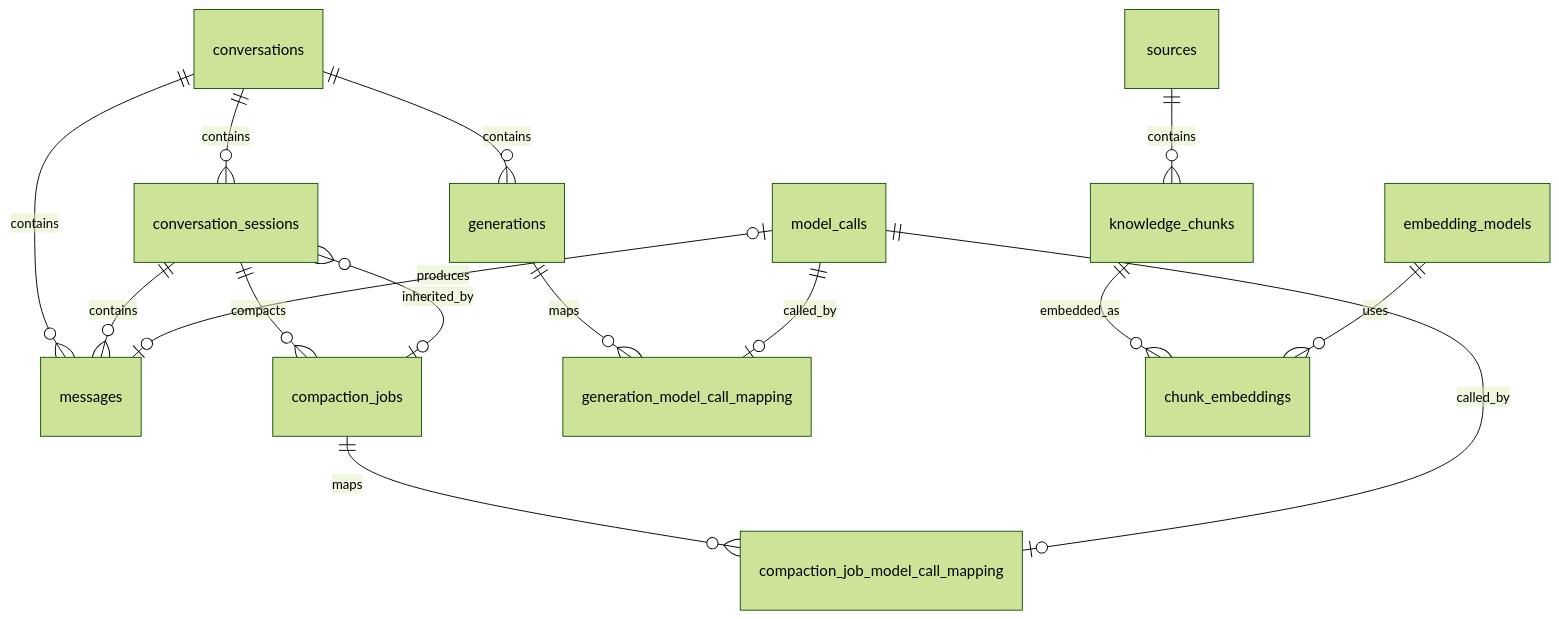
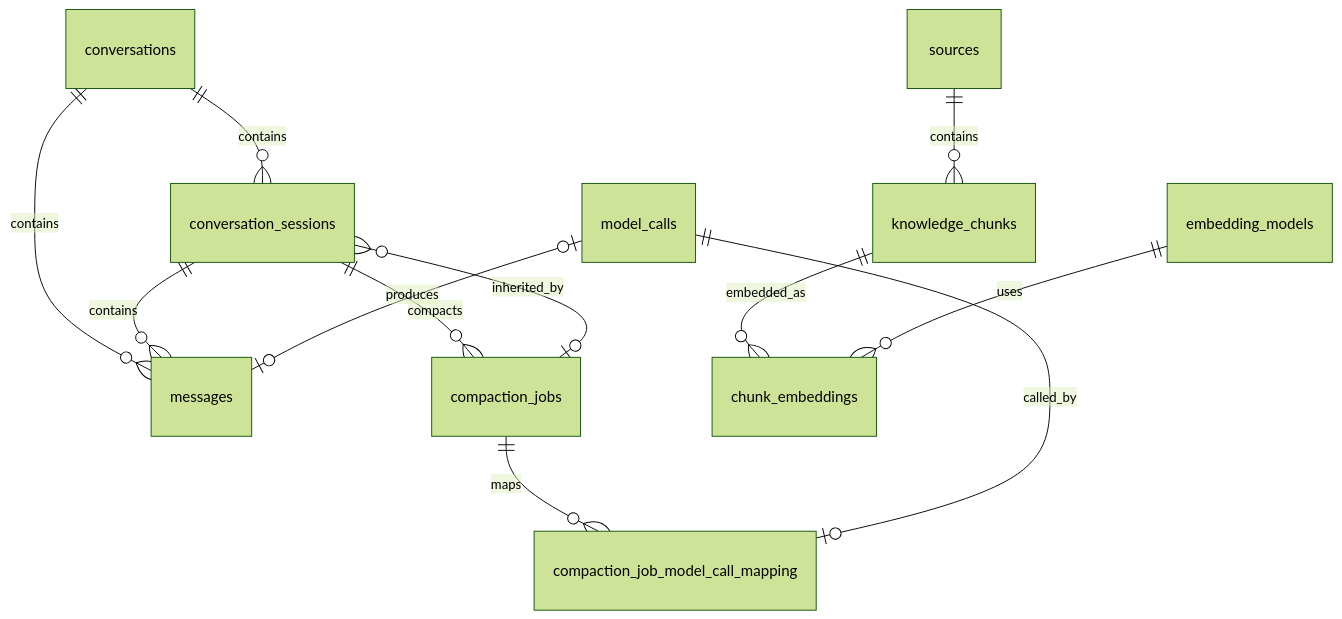
The diagram in docs/DATABASE_DESIGN.md (Mengman/CleoDoc), drawn with Mermaid (forest theme) before and after one commit. The commit also changed other lines of this file and 24 other files, not shown here.

````diff
--- a/docs/DATABASE_DESIGN.md
+++ b/docs/DATABASE_DESIGN.md
@@ -41,17 +42,14 @@
 ```mermaid
 erDiagram
     conversations ||--o{ conversation_sessions : contains
     conversations ||--o{ messages : contains
-    conversations ||--o{ generations : contains
     conversation_sessions ||--o{ messages : contains
     conversation_sessions ||--o{ compaction_jobs : compacts
     compaction_jobs o|--o{ conversation_sessions : inherited_by
-    generations ||--o{ generation_model_call_mapping : maps
-    model_calls ||--o| generation_model_call_mapping : called_by
     compaction_jobs ||--o{ compaction_job_model_call_mapping : maps
     model_calls ||--o| compaction_job_model_call_mapping : called_by
     model_calls o|--o| messages : produces
     sources ||--o{ knowledge_chunks : contains
     knowledge_chunks ||--o{ chunk_embeddings : embedded_as
     embedding_models ||--o{ chunk_embeddings : uses
 ```
````
